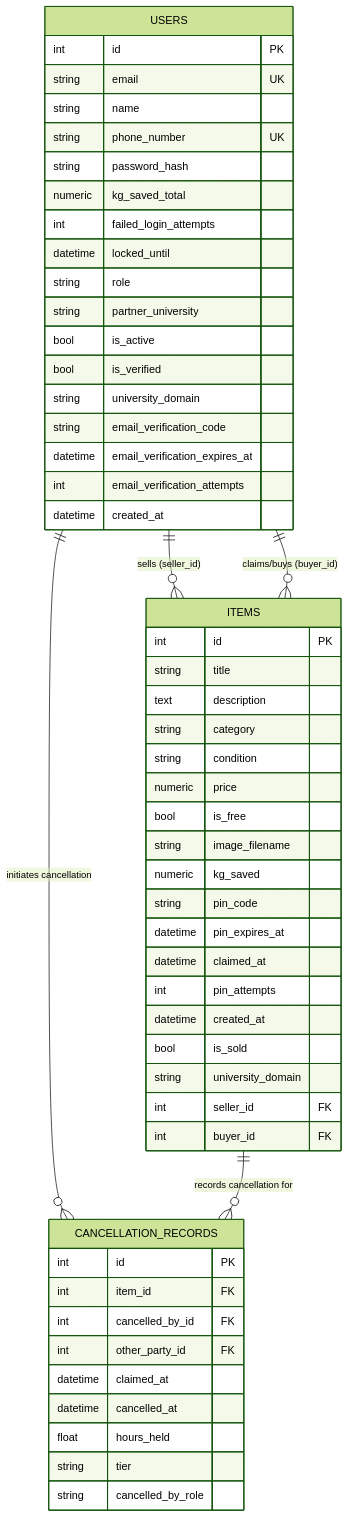
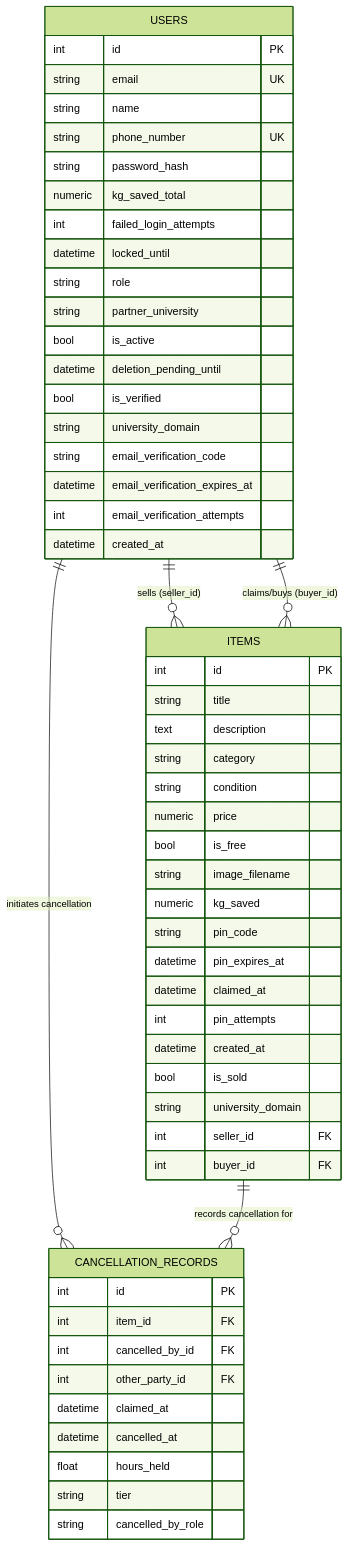
Before and after one commit to YousefAliUK/Reuni: the second of 7 diagrams in project_architecture_and_ui_map.md, drawn with Mermaid (forest theme). The commit also changed other lines of this file and 26 other files, not shown here.

````diff
--- a/project_architecture_and_ui_map.md
+++ b/project_architecture_and_ui_map.md
@@ -89,58 +89,59 @@
 ```mermaid
 erDiagram
     USERS {
         int id PK
         string email UK
         string name
         string phone_number UK
         string password_hash
         numeric kg_saved_total
         int failed_login_attempts
         datetime locked_until
         string role
         string partner_university
         bool is_active
+        datetime deletion_pending_until
         bool is_verified
         string university_domain
         string email_verification_code
         datetime email_verification_expires_at
         int email_verification_attempts
         datetime created_at
     }
     ITEMS {
         int id PK
         string title
         text description
         string category
         string condition
         numeric price
         bool is_free
         string image_filename
         numeric kg_saved
         string pin_code
         datetime pin_expires_at
         datetime claimed_at
         int pin_attempts
         datetime created_at
         bool is_sold
         string university_domain
         int seller_id FK
         int buyer_id FK
     }
     CANCELLATION_RECORDS {
         int id PK
         int item_id FK
         int cancelled_by_id FK
         int other_party_id FK
         datetime claimed_at
         datetime cancelled_at
         float hours_held
         string tier
         string cancelled_by_role
     }
 
     USERS ||--o{ ITEMS : "sells (seller_id)"
     USERS ||--o{ ITEMS : "claims/buys (buyer_id)"
     USERS ||--o{ CANCELLATION_RECORDS : "initiates cancellation"
     ITEMS ||--o{ CANCELLATION_RECORDS : "records cancellation for"
 ```
````
